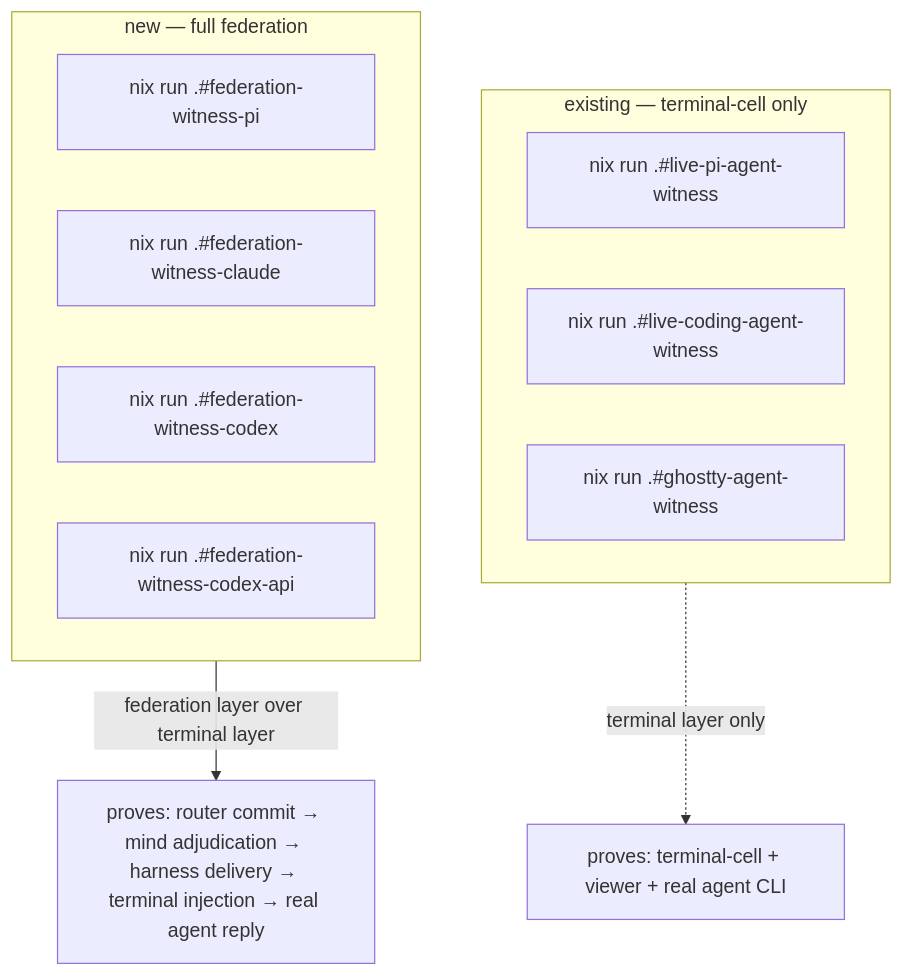
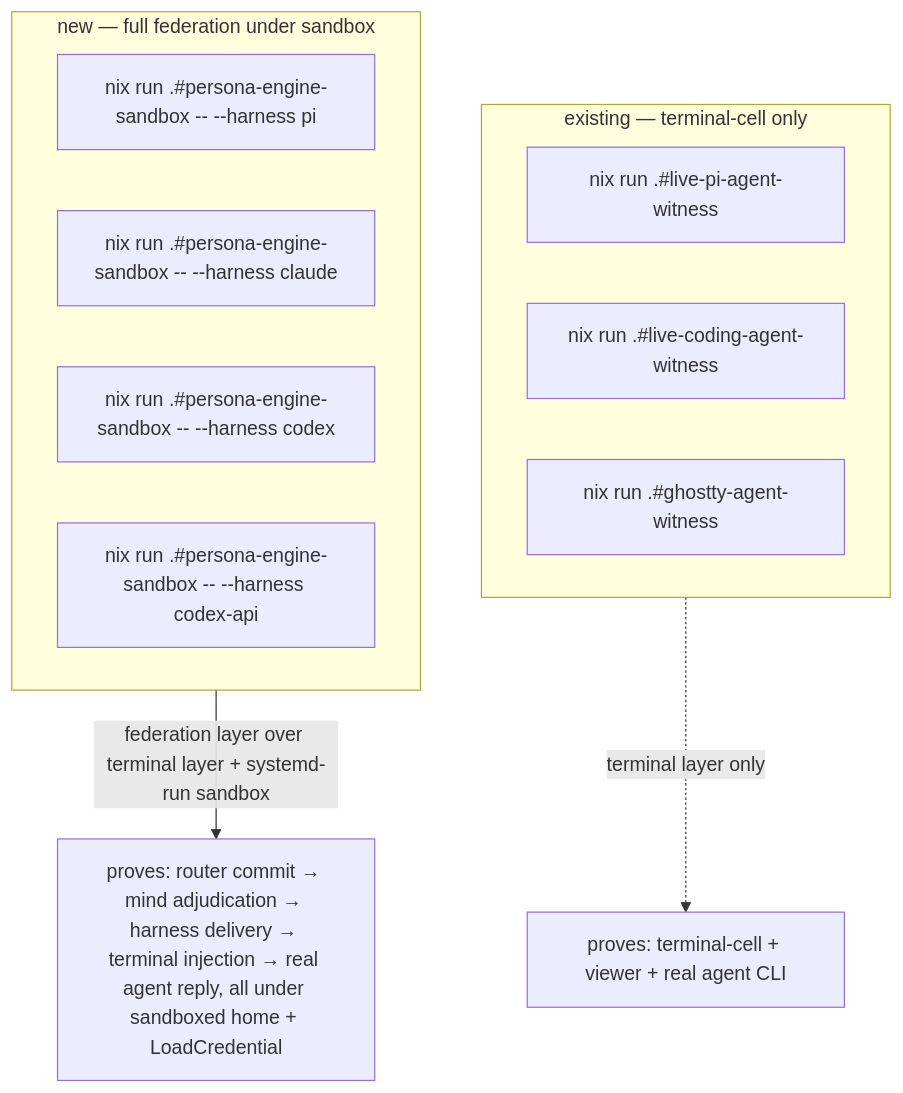
One commit to LiGoldragon/primary changed the fourth of 6 diagrams in reports/designer/129-sandboxed-persona-engine-test.md. Above: the diagram before and after it, drawn with Mermaid. The commit also changed other lines of this file, not shown here.

Commit message:
designer: 129 fold designer-assistant/19 findings (systemd-run + LoadCredential, config-dir env vars, Pi prometheus backend, host-auth-preservation gate witness)

````diff
--- a/reports/designer/129-sandboxed-persona-engine-test.md
+++ b/reports/designer/129-sandboxed-persona-engine-test.md
@@ -459,18 +534,18 @@
 ```mermaid
 flowchart TB
     subgraph existing [existing — terminal-cell only]
         a1["nix run .#live-pi-agent-witness"]
         a2["nix run .#live-coding-agent-witness"]
         a3["nix run .#ghostty-agent-witness"]
     end
 
-    subgraph new [new — full federation]
-        b1["nix run .#federation-witness-pi"]
-        b2["nix run .#federation-witness-claude"]
-        b3["nix run .#federation-witness-codex"]
-        b4["nix run .#federation-witness-codex-api"]
+    subgraph new [new — full federation under sandbox]
+        b1["nix run .#persona-engine-sandbox -- --harness pi"]
+        b2["nix run .#persona-engine-sandbox -- --harness claude"]
+        b3["nix run .#persona-engine-sandbox -- --harness codex"]
+        b4["nix run .#persona-engine-sandbox -- --harness codex-api"]
     end
 
     existing -.->|"terminal layer only"| existing_proof["proves: terminal-cell + viewer + real agent CLI"]
-    new -->|"federation layer over terminal layer"| new_proof["proves: router commit → mind adjudication → harness delivery → terminal injection → real agent reply"]
+    new -->|"federation layer over terminal layer + systemd-run sandbox"| new_proof["proves: router commit → mind adjudication → harness delivery → terminal injection → real agent reply, all under sandboxed home + LoadCredential"]
 ```
````
